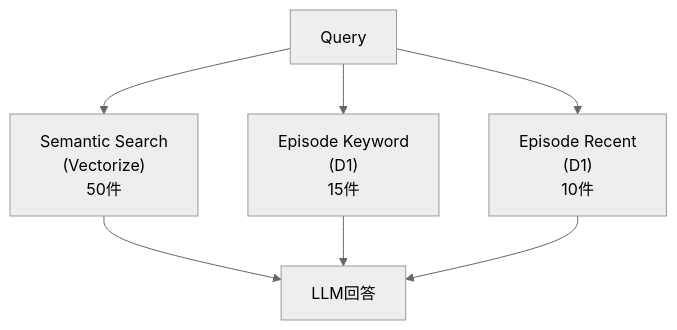
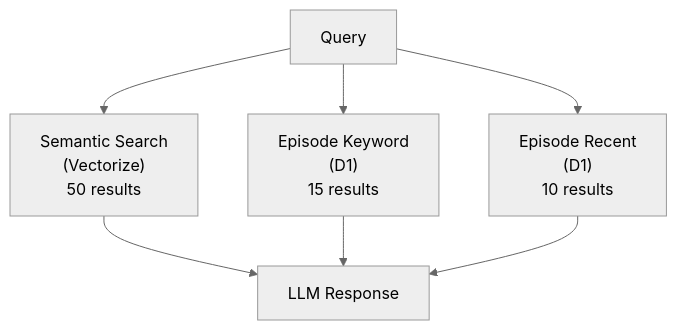
One commit to Aid-On/embersm changed the diagram in README.md. Above: the diagram before and after it, drawn with Mermaid (neutral theme). The commit also changed other lines of this file and 1 other file, not shown here.

````diff
--- a/README.md
+++ b/README.md
@@ -30,10 +42,10 @@
 ```mermaid
 flowchart TB
     Query["Query"] --> Semantic & Keyword & Recent
 
-    Semantic["Semantic Search<br/>(Vectorize)<br/>50件"]
-    Keyword["Episode Keyword<br/>(D1)<br/>15件"]
-    Recent["Episode Recent<br/>(D1)<br/>10件"]
+    Semantic["Semantic Search<br/>(Vectorize)<br/>50 results"]
+    Keyword["Episode Keyword<br/>(D1)<br/>15 results"]
+    Recent["Episode Recent<br/>(D1)<br/>10 results"]
 
-    Semantic & Keyword & Recent --> LLM["LLM回答"]
+    Semantic & Keyword & Recent --> LLM["LLM Response"]
 ```
````
